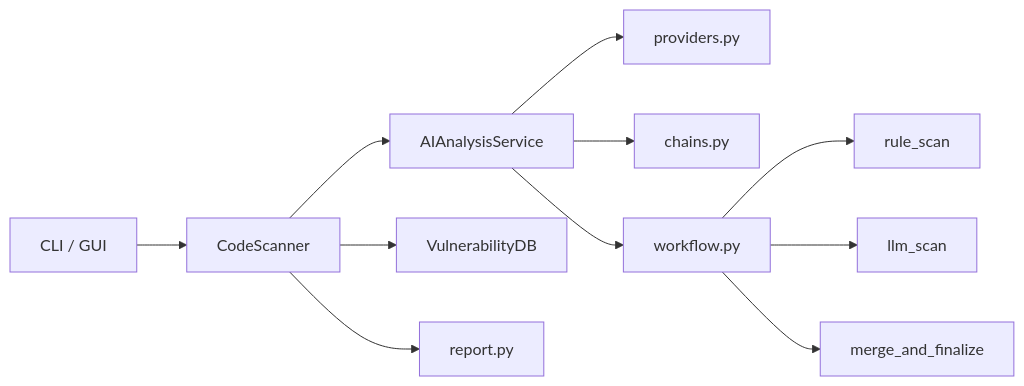
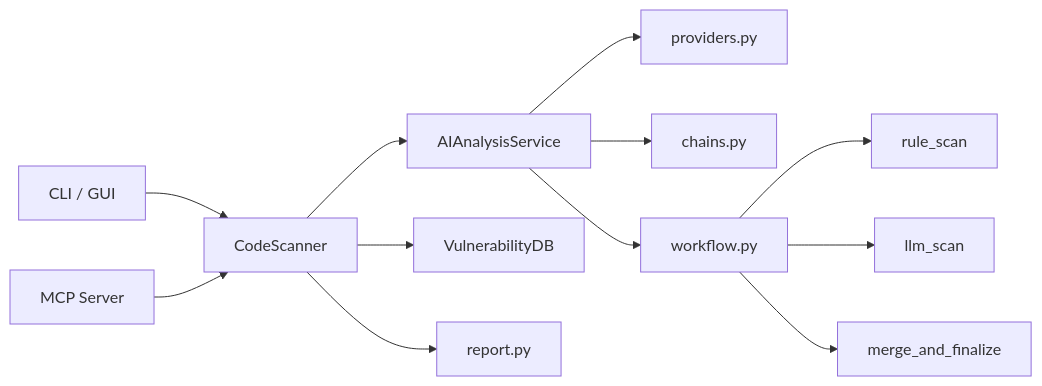
Before and after one commit to HeJiguang/codescan: the diagram in README.md, drawn with Mermaid. The commit also changed other lines of this file and 9 other files, not shown here.

Commit message:
feat: add codescan mcp server

````diff
--- a/README.md
+++ b/README.md
@@ -54,13 +58,14 @@
 ```mermaid
 flowchart LR
     A["CLI / GUI"] --> B["CodeScanner"]
+    A2["MCP Server"] --> B
     B --> C["AIAnalysisService"]
     C --> D["providers.py"]
     C --> E["chains.py"]
     C --> F["workflow.py"]
     B --> G["VulnerabilityDB"]
     B --> H["report.py"]
     F --> I["rule_scan"]
     F --> J["llm_scan"]
     F --> K["merge_and_finalize"]
 ```
````
